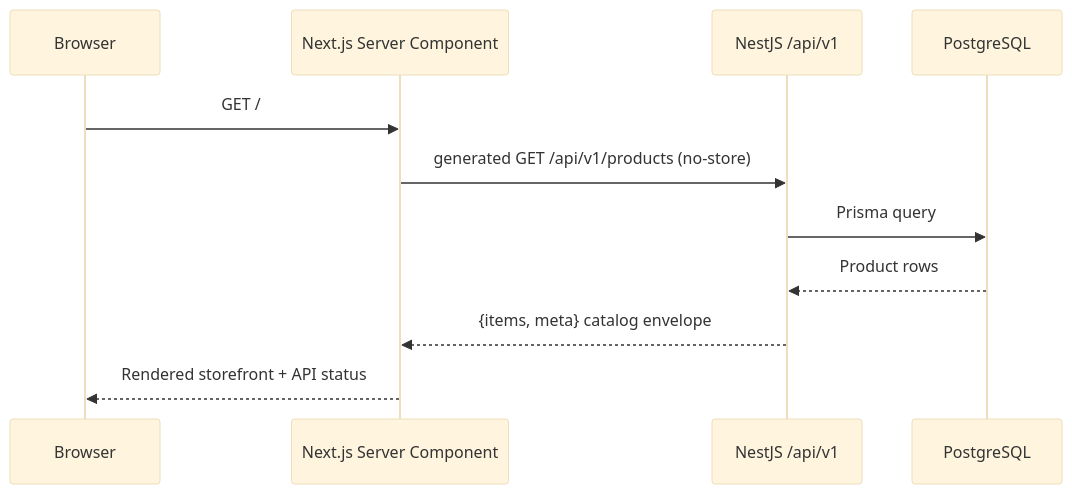
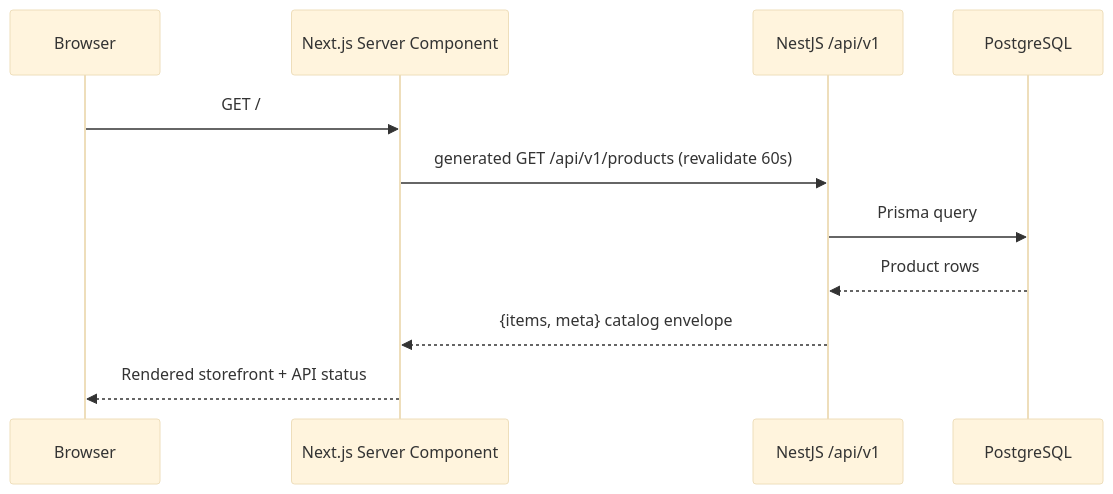
The diagram in apps/web/README.md (ferbert-dev/hop-and-barley-store), drawn with Mermaid (base theme) before and after one commit. The commit also changed other lines of this file and 82 other files, not shown here.

````diff
--- a/apps/web/README.md
+++ b/apps/web/README.md
@@ -17,14 +17,14 @@
 ```mermaid
 sequenceDiagram
     participant Browser
     participant Web as Next.js Server Component
     participant API as NestJS /api/v1
     participant DB as PostgreSQL
 
     Browser->>Web: GET /
-    Web->>API: generated GET /api/v1/products (no-store)
+    Web->>API: generated GET /api/v1/products (revalidate 60s)
     API->>DB: Prisma query
     DB-->>API: Product rows
     API-->>Web: {items, meta} catalog envelope
     Web-->>Browser: Rendered storefront + API status
 ```
````
